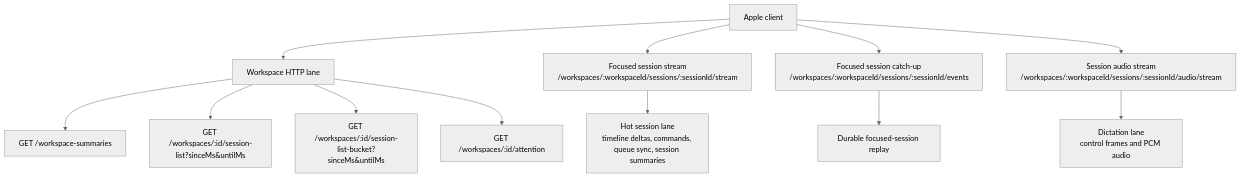
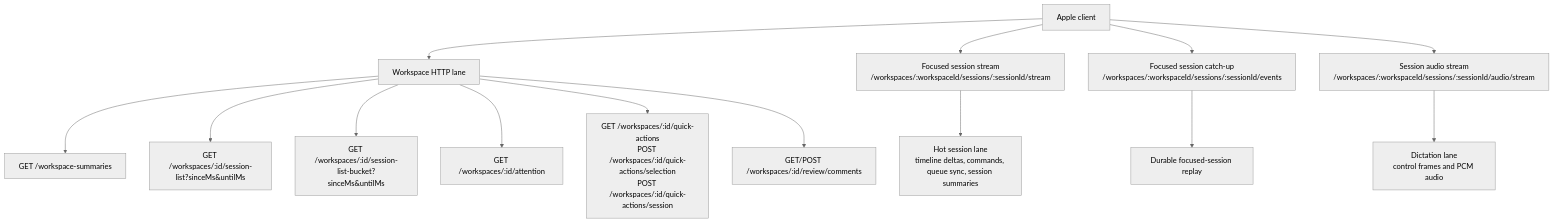
Before and after one commit to duh17/oppi: the second of 6 diagrams in docs/architecture.md, drawn with Mermaid (neutral theme). The commit also changed other lines of this file and 12 other files, not shown here.

Commit message:
feat: expose prompt templates as quick actions

````diff
--- a/docs/architecture.md
+++ b/docs/architecture.md
@@ -56,18 +56,20 @@
 ```mermaid
 graph TD
   Client[Apple client]
 
   Client --> WorkspaceHTTP[Workspace HTTP lane]
   Client --> SessionWS[Focused session stream<br/>/workspaces/:workspaceId/sessions/:sessionId/stream]
   Client --> SessionCatchup[Focused session catch-up<br/>/workspaces/:workspaceId/sessions/:sessionId/events]
   Client --> AudioWS[Session audio stream<br/>/workspaces/:workspaceId/sessions/:sessionId/audio/stream]
 
   WorkspaceHTTP --> Summaries[GET /workspace-summaries]
   WorkspaceHTTP --> RecentList[GET /workspaces/:id/session-list?sinceMs&untilMs]
   WorkspaceHTTP --> ArchiveBucket[GET /workspaces/:id/session-list-bucket?sinceMs&untilMs]
   WorkspaceHTTP --> Attention[GET /workspaces/:id/attention]
+  WorkspaceHTTP --> QuickActions[GET /workspaces/:id/quick-actions<br/>POST /workspaces/:id/quick-actions/selection<br/>POST /workspaces/:id/quick-actions/session]
+  WorkspaceHTTP --> ReviewComments[GET/POST /workspaces/:id/review/comments]
 
   SessionWS --> Hot[Hot session lane<br/>timeline deltas, commands, queue sync, session summaries]
   AudioWS --> Dictation[Dictation lane<br/>control frames and PCM audio]
   SessionCatchup --> Replay[Durable focused-session replay]
 ```
````
